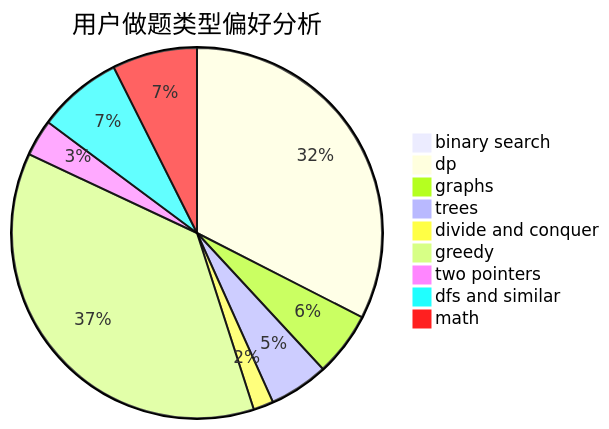
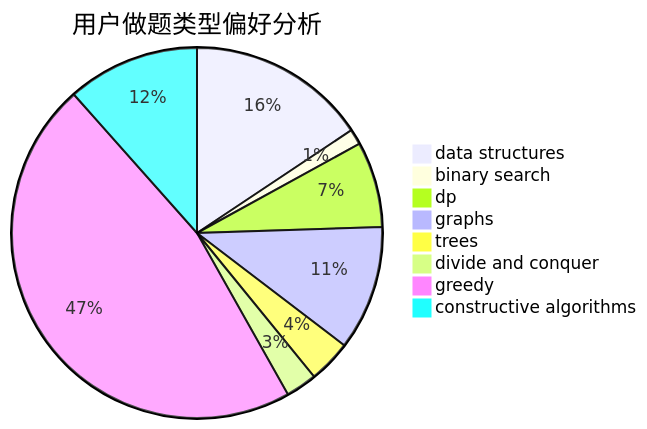
The second of 3 diagrams in docs/user/u1359.md (sherpahu/cfrs.github.io), drawn with Mermaid before and after one commit. The commit also changed other lines of this file and 2775 other files, not shown here.

````diff
--- a/docs/user/u1359.md
+++ b/docs/user/u1359.md
@@ -23,12 +23,11 @@
 ```mermaid
 pie title 用户做题类型偏好分析
-    "binary search" :  8
-    "dp" :  610
-    "graphs" :  105
-    "trees" :  97
-    "divide and conquer" :  33
-    "greedy" :  693
-    "two pointers" :  60
-    "dfs and similar" :  139
-    "math" :  139
+    "data structures" :  46
+    "binary search" :  4
+    "dp" :  22
+    "graphs" :  32
+    "trees" :  11
+    "divide and conquer" :  8
+    "greedy" :  137
+    "constructive algorithms" :  34
 ```
````
